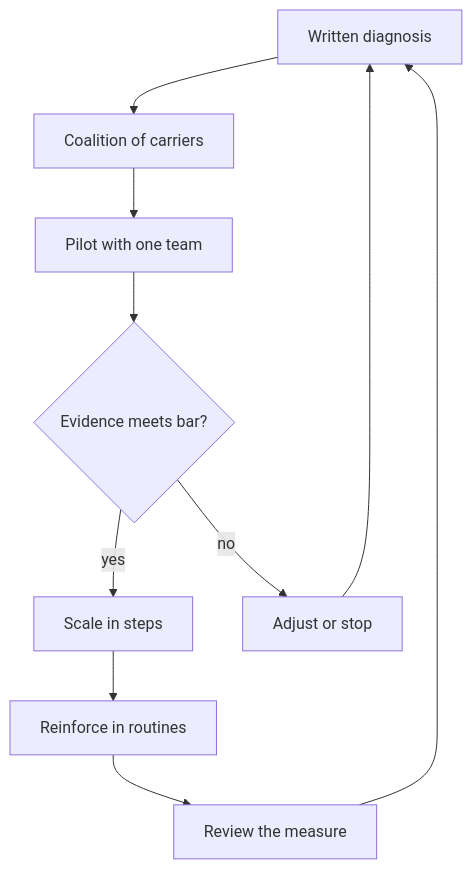
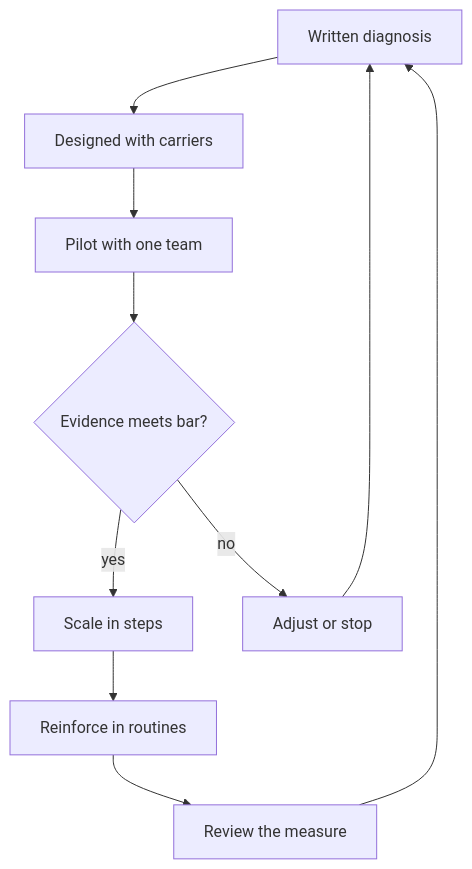
Before and after one commit to XayyamSadigov/engineering-leadership-book: the first of 3 diagrams in docs/parts/09-engineering-directorship/43-leading-change-and-director-failure-patterns.md, drawn with Mermaid. The commit also changed other lines of this file and 145 other files, not shown here.

````diff
--- a/docs/parts/09-engineering-directorship/43-leading-change-and-director-failure-patterns.md
+++ b/docs/parts/09-engineering-directorship/43-leading-change-and-director-failure-patterns.md
@@ -52,12 +55,12 @@
 ```mermaid
 flowchart TD
-    D["Written diagnosis"] --> C["Coalition of carriers"]
+    D["Written diagnosis"] --> C["Designed with carriers"]
     C --> P["Pilot with one team"]
     P --> E{"Evidence meets bar?"}
     E -->|yes| S["Scale in steps"]
     E -->|no| A["Adjust or stop"]
     S --> R["Reinforce in routines"]
     R --> M["Review the measure"]
     M --> D
     A --> D
 ```
````
